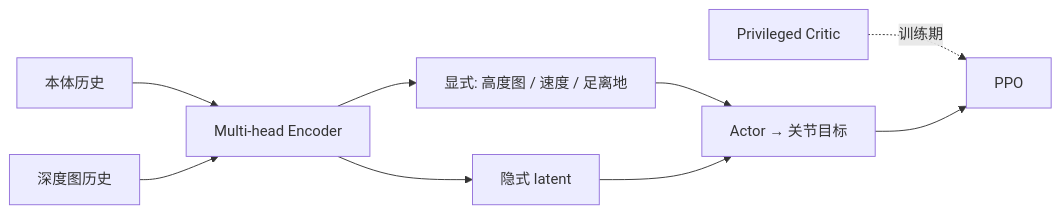
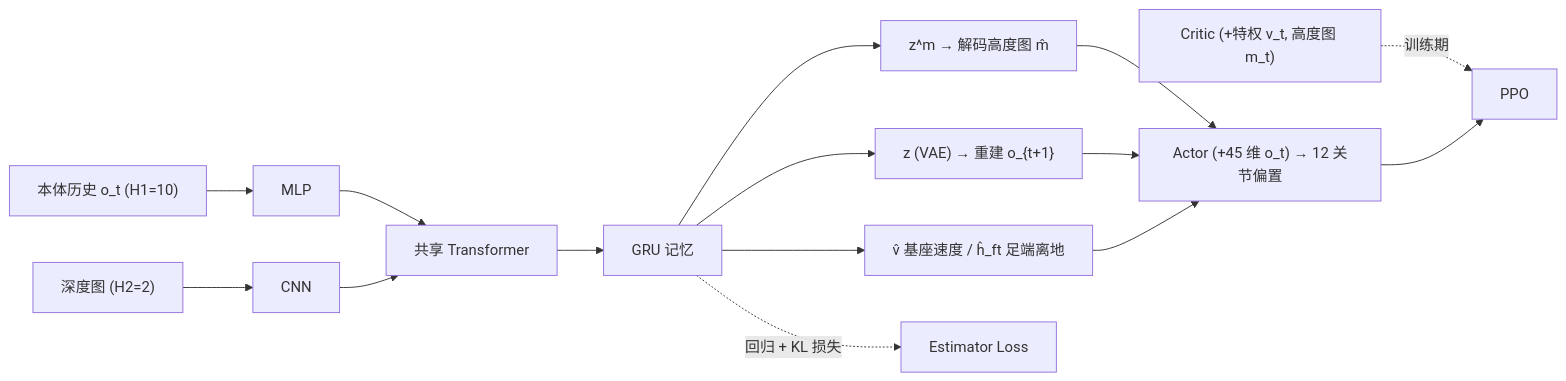
Before and after one commit to ImChong/Robotics_Notebooks: the diagram in wiki/methods/pie-perceptive-locomotion.md, drawn with Mermaid. The commit also changed other lines of this file and 20 other files, not shown here.

````diff
--- a/wiki/methods/pie-perceptive-locomotion.md
+++ b/wiki/methods/pie-perceptive-locomotion.md
@@ -53,11 +56,17 @@
 ```mermaid
 flowchart LR
-  PROP[本体历史] --> ENC[Multi-head Encoder]
-  DEPTH[深度图历史] --> ENC
-  ENC --> EXP[显式: 高度图 / 速度 / 足离地]
-  ENC --> IMP[隐式 latent]
-  EXP --> ACT[Actor → 关节目标]
-  IMP --> ACT
-  CRIT[Privileged Critic] -.训练期.-> PPO[PPO]
+  PROP["本体历史 o_t (H1=10)"] --> MLP[MLP]
+  DEPTH["深度图 (H2=2)"] --> CNN[CNN]
+  MLP --> TR[共享 Transformer]
+  CNN --> TR
+  TR --> GRU[GRU 记忆]
+  GRU --> ZM["z^m → 解码高度图 m̂"]
+  GRU --> ZV["z (VAE) → 重建 o_{t+1}"]
+  GRU --> VF["v̂ 基座速度 / ĥ_ft 足端离地"]
+  ZM --> ACT["Actor (+45 维 o_t) → 12 关节偏置"]
+  ZV --> ACT
+  VF --> ACT
+  CRIT["Critic (+特权 v_t, 高度图 m_t)"] -.训练期.-> PPO[PPO]
   ACT --> PPO
+  GRU -.回归 + KL 损失.-> LOSS[Estimator Loss]
 ```
````
